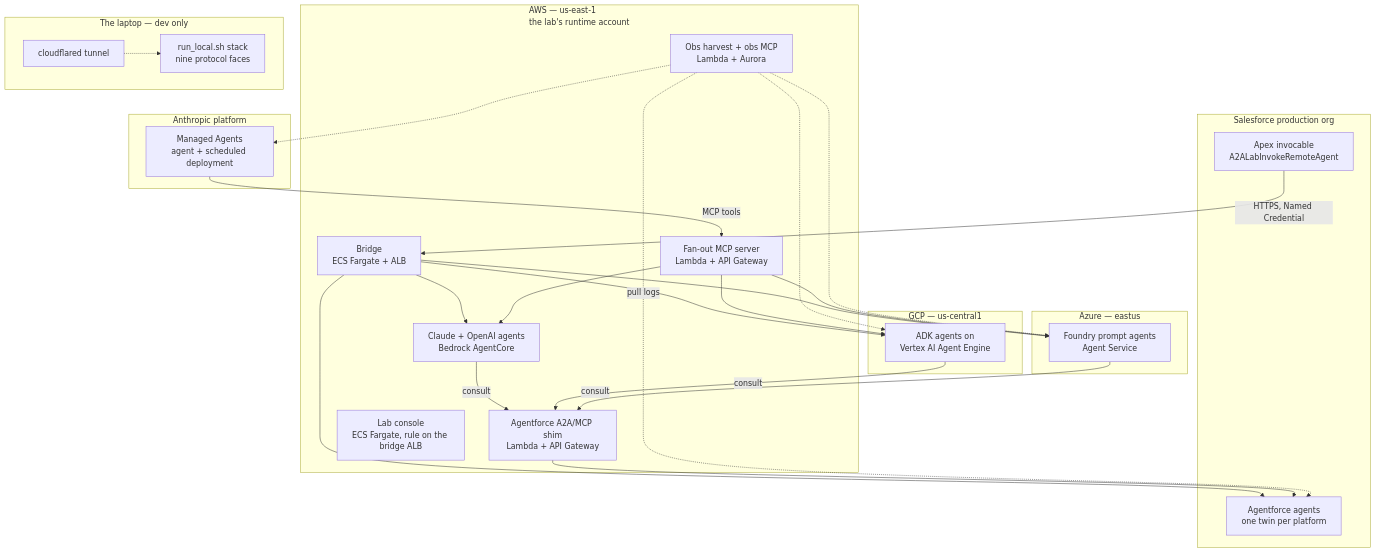
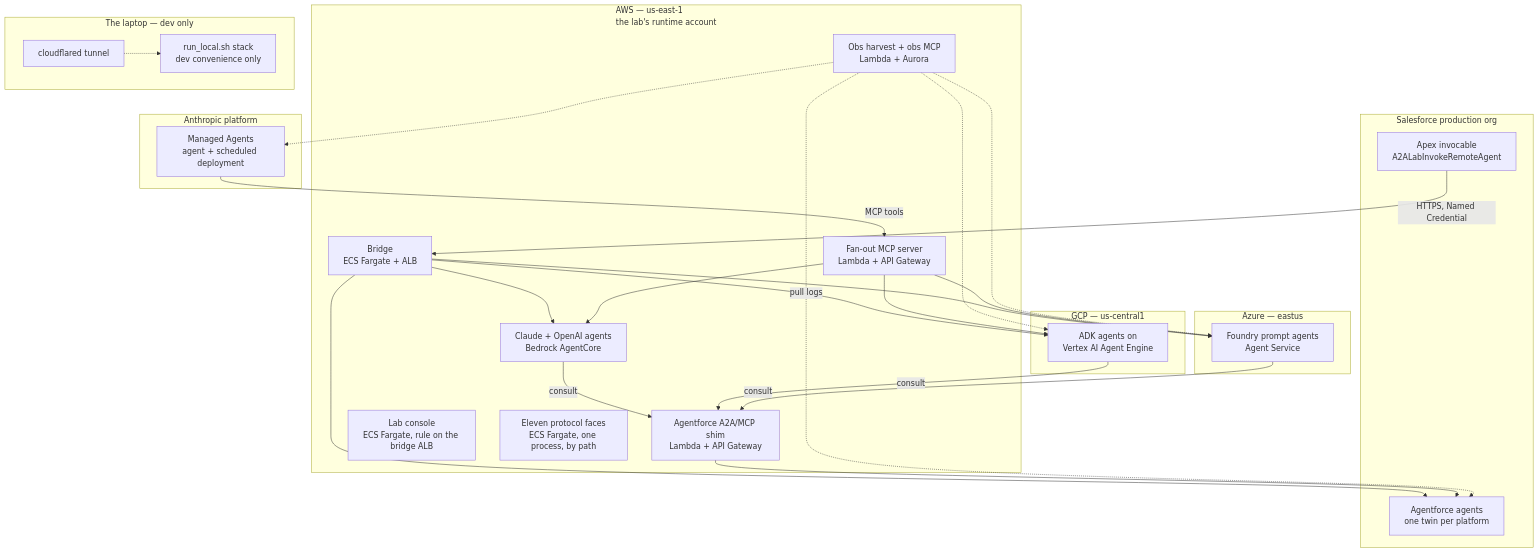
One commit to congmingwudi/a2a-lab changed the first of 7 diagrams in plan/09-deployment-map.md. Above: the diagram before and after it, drawn with Mermaid. The commit also changed other lines of this file and 14 other files, not shown here.

````diff
--- a/plan/09-deployment-map.md
+++ b/plan/09-deployment-map.md
@@ -37,52 +37,53 @@
 ```mermaid
 flowchart TB
   subgraph SF["Salesforce production org"]
     AF["Agentforce agents<br/>one twin per platform"]
     APEX["Apex invocable<br/>A2ALabInvokeRemoteAgent"]
   end
 
   subgraph AWS["AWS — us-east-1<br/>the lab's runtime account"]
     BRIDGE["Bridge<br/>ECS Fargate + ALB"]
     RUNTIMES["Claude + OpenAI agents<br/>Bedrock AgentCore"]
     SHIM["Agentforce A2A/MCP shim<br/>Lambda + API Gateway"]
     FANOUT["Fan-out MCP server<br/>Lambda + API Gateway"]
     OBS["Obs harvest + obs MCP<br/>Lambda + Aurora"]
     CONSOLE["Lab console<br/>ECS Fargate, rule on the bridge ALB"]
+    FACES["Eleven protocol faces<br/>ECS Fargate, one process, by path"]
   end
 
   subgraph GCP["GCP — us-central1"]
     ADK["ADK agents on<br/>Vertex AI Agent Engine"]
   end
 
   subgraph AZ["Azure — eastus"]
     FOUNDRY["Foundry prompt agents<br/>Agent Service"]
   end
 
   subgraph ANT["Anthropic platform"]
     CMA["Managed Agents<br/>agent + scheduled deployment"]
   end
 
   subgraph LAP["The laptop — dev only"]
-    LOCAL["run_local.sh stack<br/>nine protocol faces"]
+    LOCAL["run_local.sh stack<br/>dev convenience only"]
     TUNNEL["cloudflared tunnel"]
   end
 
   APEX -->|"HTTPS, Named Credential"| BRIDGE
   BRIDGE --> RUNTIMES
   BRIDGE --> ADK
   BRIDGE --> FOUNDRY
   BRIDGE --> AF
   RUNTIMES -->|"consult"| SHIM
   ADK -->|"consult"| SHIM
   FOUNDRY -->|"consult"| SHIM
   CMA -->|"MCP tools"| FANOUT
   SHIM --> AF
   FANOUT --> ADK
   FANOUT --> FOUNDRY
   FANOUT --> RUNTIMES
   OBS -.->|"pull logs"| AF
   OBS -.-> CMA
   OBS -.-> ADK
   OBS -.-> FOUNDRY
   TUNNEL -.-> LOCAL
 ```
````
